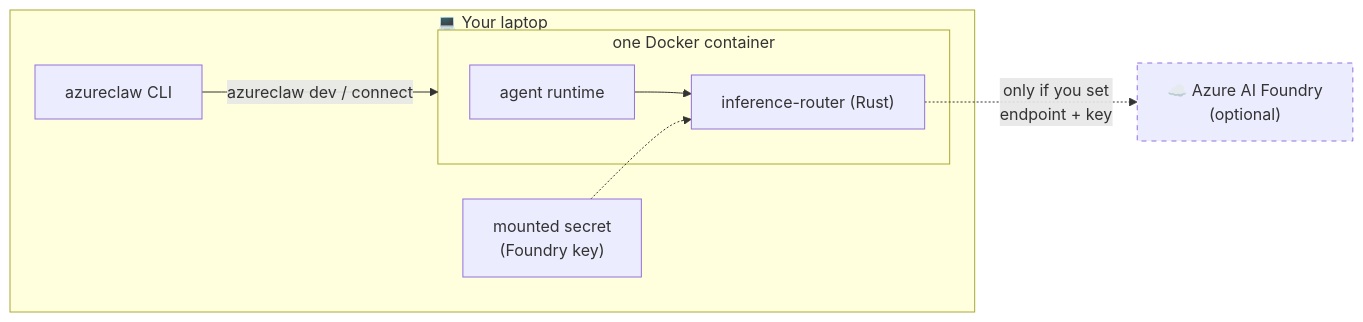
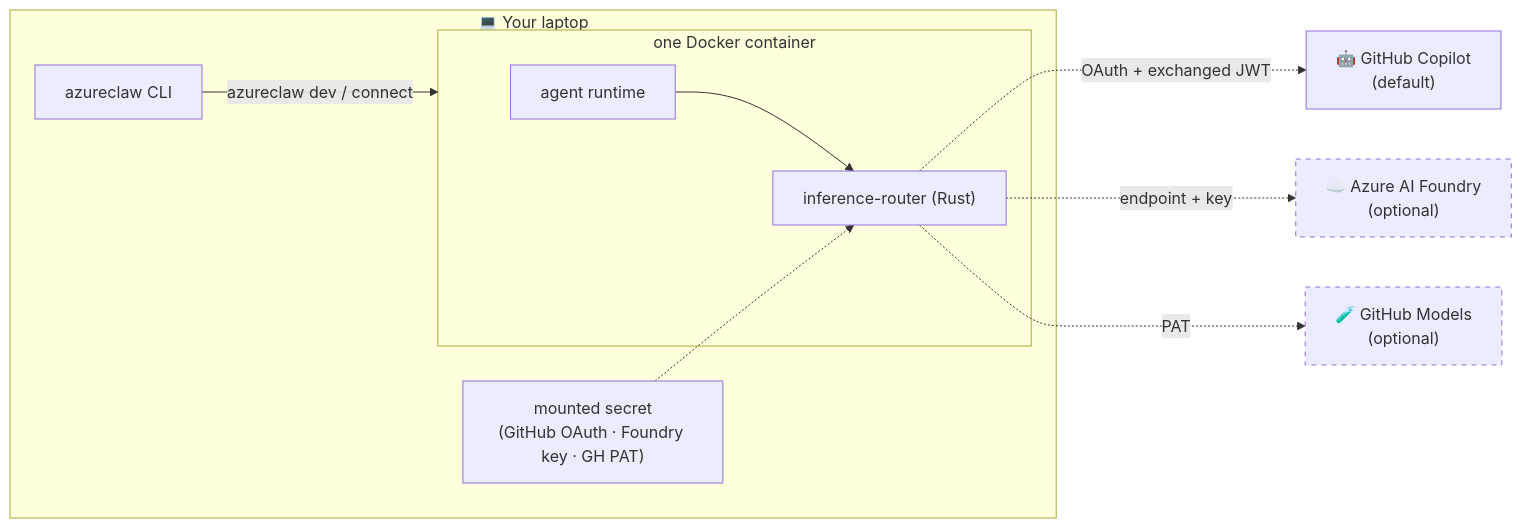
The first of 2 diagrams in docs/blueprints/01-developer-inner-loop.md (Azure/kars), drawn with Mermaid before and after one commit. The commit also changed other lines of this file and 52 other files, not shown here.

First line of the commit message:
feat: GitHub Copilot provider + Anthropic passthrough + multi-agent peer roster

````diff
--- a/docs/blueprints/01-developer-inner-loop.md
+++ b/docs/blueprints/01-developer-inner-loop.md
@@ -15,18 +15,22 @@
 ```mermaid
 flowchart LR
   subgraph Laptop["💻 Your laptop"]
     CLI["azureclaw CLI"]
     subgraph Container["one Docker container"]
       Agent["agent runtime"]
       Router["inference-router (Rust)"]
       Agent --> Router
     end
-    Secret["mounted secret<br/>(Foundry key)"]
+    Secret["mounted secret<br/>(GitHub OAuth · Foundry key · GH PAT)"]
     Secret -.-> Router
     CLI -->|azureclaw dev / connect| Container
   end
+  Copilot["🤖 GitHub Copilot<br/>(default)"]
   Foundry["☁️ Azure AI Foundry<br/>(optional)"]
-  Router -.->|"only if you set<br/>endpoint + key"| Foundry
+  Models["🧪 GitHub Models<br/>(optional)"]
+  Router -.->|"OAuth + exchanged JWT"| Copilot
+  Router -.->|"endpoint + key"| Foundry
+  Router -.->|"PAT"| Models
   classDef opt stroke-dasharray:5 5
-  class Foundry opt
+  class Foundry,Models opt
 ```
````
